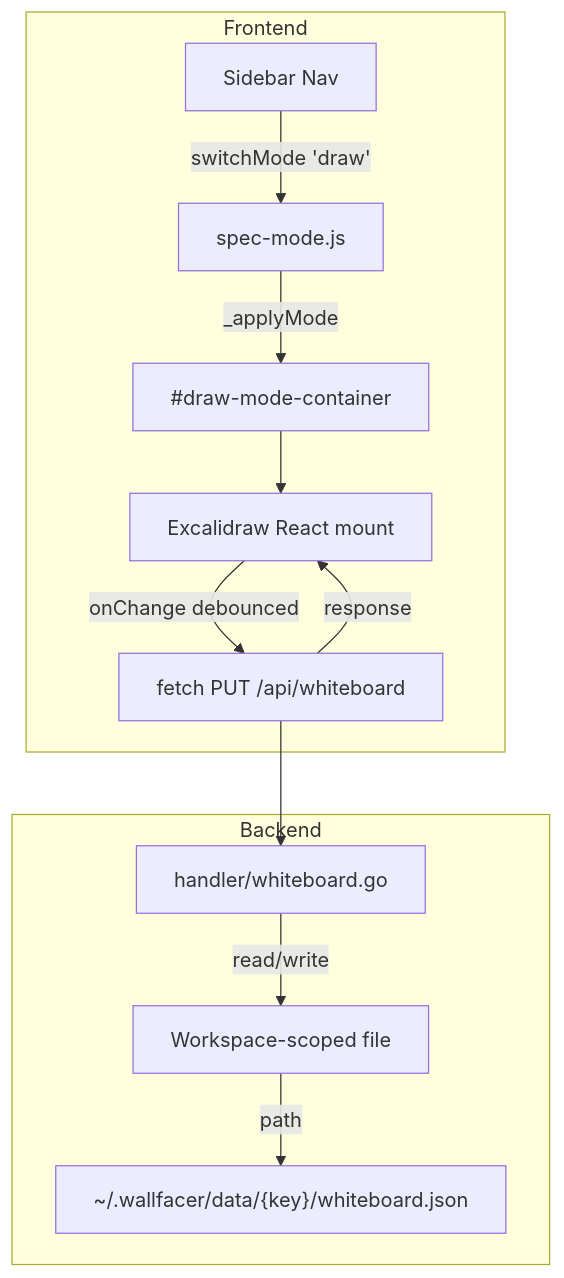
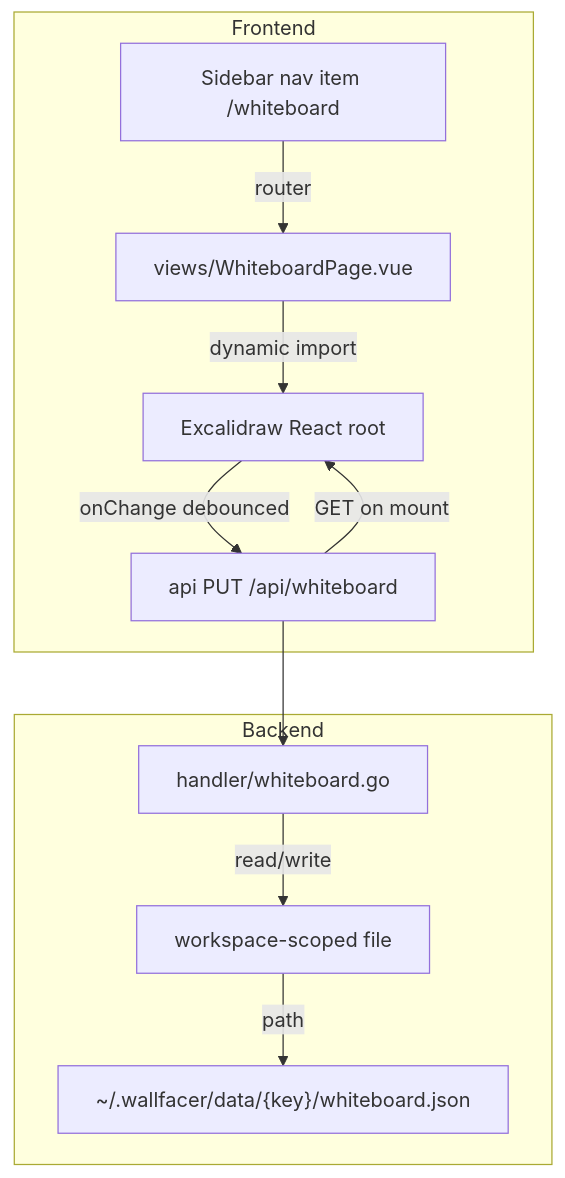
One commit to changkun/wallfacer changed the diagram in specs/local/excalidraw-whiteboard.md. Above: the diagram before and after it, drawn with Mermaid. The commit also changed other lines of this file and 11 other files, not shown here.

First line of the commit message:
spec(local): refine against Vue + host-executor architecture

````diff
--- a/specs/local/excalidraw-whiteboard.md
+++ b/specs/local/excalidraw-whiteboard.md
@@ -54,17 +67,16 @@
 ```mermaid
 graph TB
   subgraph Frontend
-    SB[Sidebar Nav] -->|switchMode 'draw'| SM[spec-mode.js]
-    SM -->|_applyMode| DC[#draw-mode-container]
-    DC --> ER[Excalidraw React mount]
-    ER -->|onChange debounced| API[fetch PUT /api/whiteboard]
-    API -->|response| ER
+    SB[Sidebar nav item /whiteboard] -->|router| WP[views/WhiteboardPage.vue]
+    WP -->|dynamic import| ER[Excalidraw React root]
+    ER -->|onChange debounced| API[api PUT /api/whiteboard]
+    API -->|GET on mount| ER
   end
 
   subgraph Backend
-    WH[handler/whiteboard.go] -->|read/write| WS[Workspace-scoped file]
+    WH[handler/whiteboard.go] -->|read/write| WS[workspace-scoped file]
     WS -->|path| DP["~/.wallfacer/data/{key}/whiteboard.json"]
   end
 
   API --> WH
 ```
````
